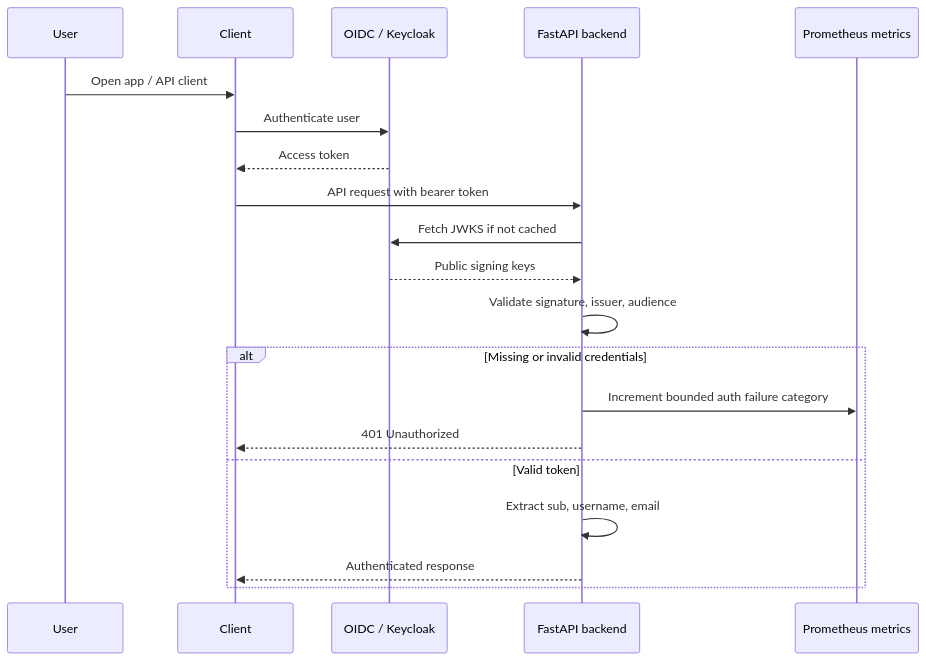
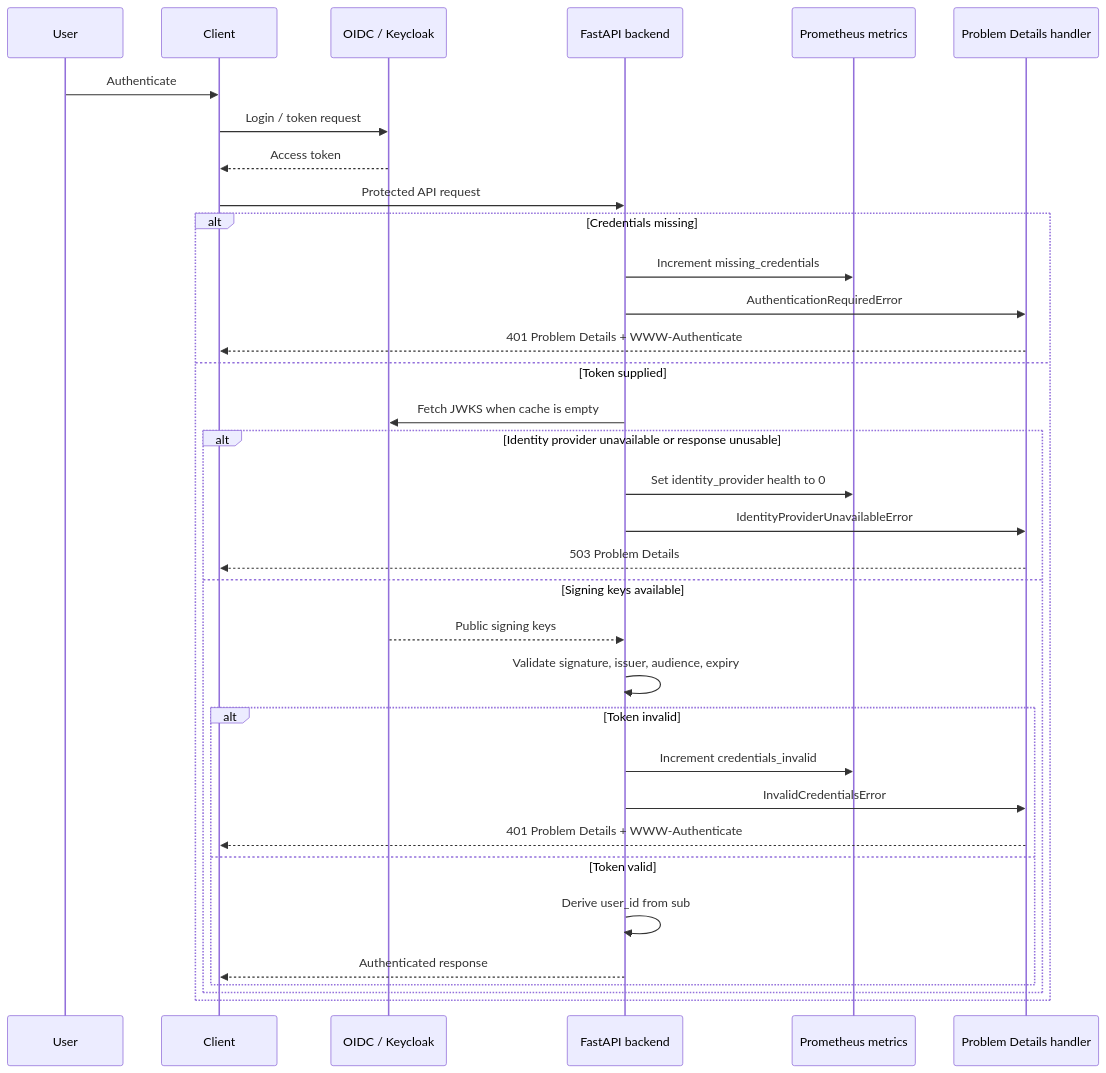
Before and after one commit to GeekStartup/spend-analyzer: the fifth of 10 diagrams in docs/HLD.md, drawn with Mermaid. The commit also changed other lines of this file and 34 other files, not shown here.

````diff
--- a/docs/HLD.md
+++ b/docs/HLD.md
@@ -239,23 +323,38 @@
 ```mermaid
 sequenceDiagram
     participant User
     participant Client
     participant IdP as OIDC / Keycloak
     participant API as FastAPI backend
     participant Metrics as Prometheus metrics
+    participant Handler as Problem Details handler
 
-    User->>Client: Open app / API client
-    Client->>IdP: Authenticate user
+    User->>Client: Authenticate
+    Client->>IdP: Login / token request
     IdP-->>Client: Access token
-    Client->>API: API request with bearer token
-    API->>IdP: Fetch JWKS if not cached
-    IdP-->>API: Public signing keys
-    API->>API: Validate signature, issuer, audience
-    alt Missing or invalid credentials
-        API->>Metrics: Increment bounded auth failure category
-        API-->>Client: 401 Unauthorized
-    else Valid token
-        API->>API: Extract sub, username, email
-        API-->>Client: Authenticated response
+    Client->>API: Protected API request
+
+    alt Credentials missing
+        API->>Metrics: Increment missing_credentials
+        API->>Handler: AuthenticationRequiredError
+        Handler-->>Client: 401 Problem Details + WWW-Authenticate
+    else Token supplied
+        API->>IdP: Fetch JWKS when cache is empty
+        alt Identity provider unavailable or response unusable
+            API->>Metrics: Set identity_provider health to 0
+            API->>Handler: IdentityProviderUnavailableError
+            Handler-->>Client: 503 Problem Details
+        else Signing keys available
+            IdP-->>API: Public signing keys
+            API->>API: Validate signature, issuer, audience, expiry
+            alt Token invalid
+                API->>Metrics: Increment credentials_invalid
+                API->>Handler: InvalidCredentialsError
+                Handler-->>Client: 401 Problem Details + WWW-Authenticate
+            else Token valid
+                API->>API: Derive user_id from sub
+                API-->>Client: Authenticated response
+            end
+        end
     end
 ```
````
